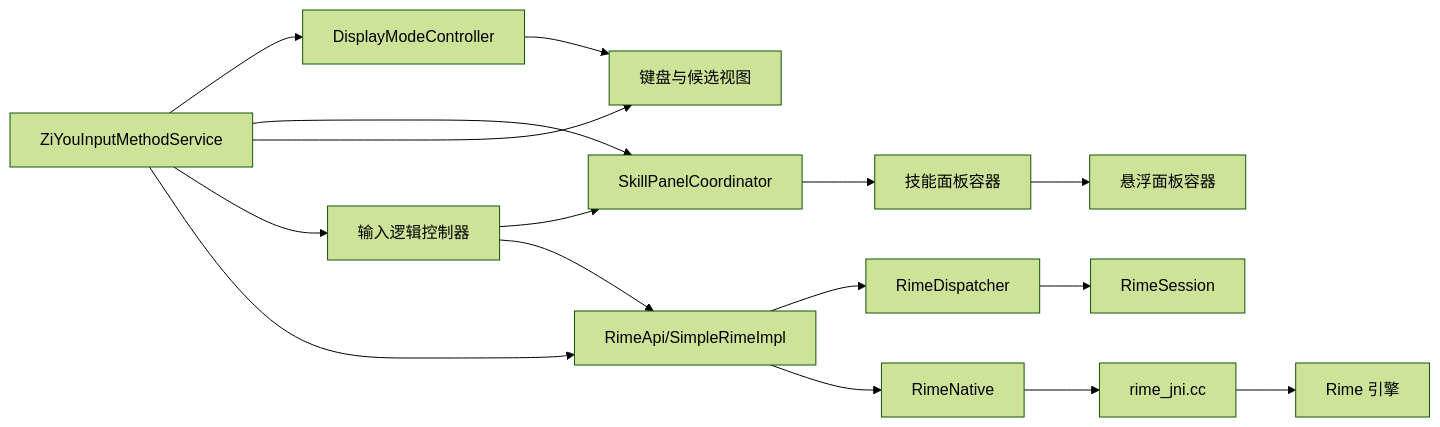
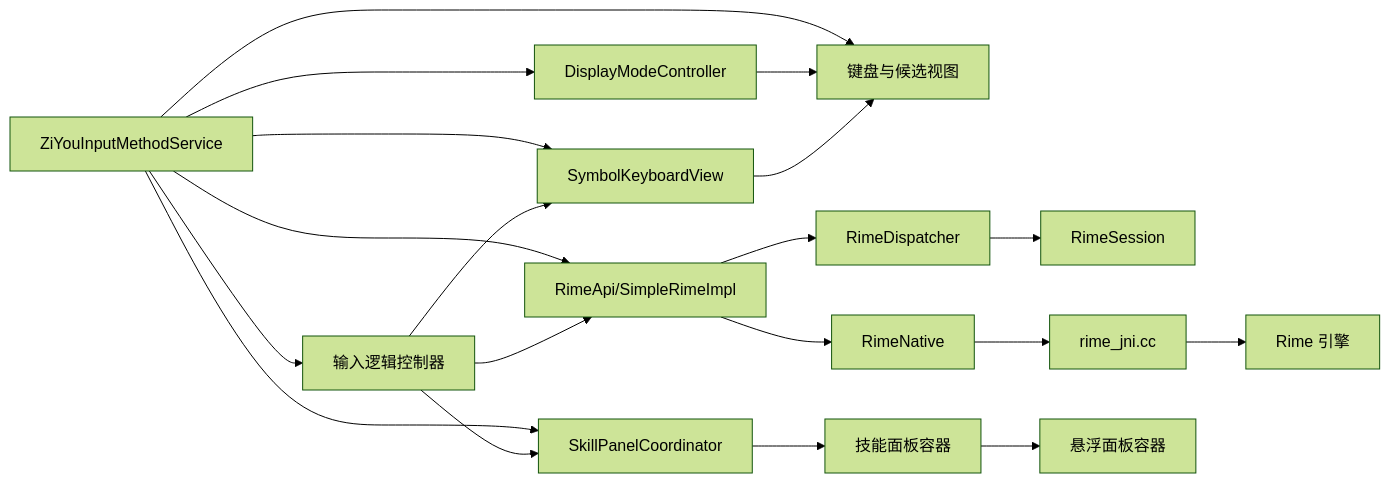
Before and after one commit to qiaodashaoye/ziyou-ime: the sixth of 6 diagrams in .qoder/repowiki/zh/content/输入法服务.md, drawn with Mermaid (forest theme). The commit also changed other lines of this file and 4 other files, not shown here.

Commit message:
docs(repowiki): 同步 AI 面板/图片发送/符号键盘 架构文档

````diff
--- a/.qoder/repowiki/zh/content/输入法服务.md
+++ b/.qoder/repowiki/zh/content/输入法服务.md
@@ -520,18 +563,21 @@
 ```mermaid
 graph LR
 Service["ZiYouInputMethodService"] --> ModeController["DisplayModeController"]
 Service --> SkillCoordinator["SkillPanelCoordinator"]
+Service --> SymbolView["SymbolKeyboardView"]
 Service --> Views["键盘与候选视图"]
 Service --> InputController["输入逻辑控制器"]
 Service --> Core["RimeApi/SimpleRimeImpl"]
 ModeController --> Views
 SkillCoordinator --> SkillPanel["技能面板容器"]
+SymbolView --> Views
 Core --> Dispatcher["RimeDispatcher"]
 Core --> Native["RimeNative"]
 Dispatcher --> Session["RimeSession"]
 Native --> JNI["rime_jni.cc"]
 JNI --> Engine["Rime 引擎"]
 SkillPanel --> FloatingPanel["悬浮面板容器"]
 InputController --> SkillCoordinator
+InputController --> SymbolView
 InputController --> Core
 ```
````
